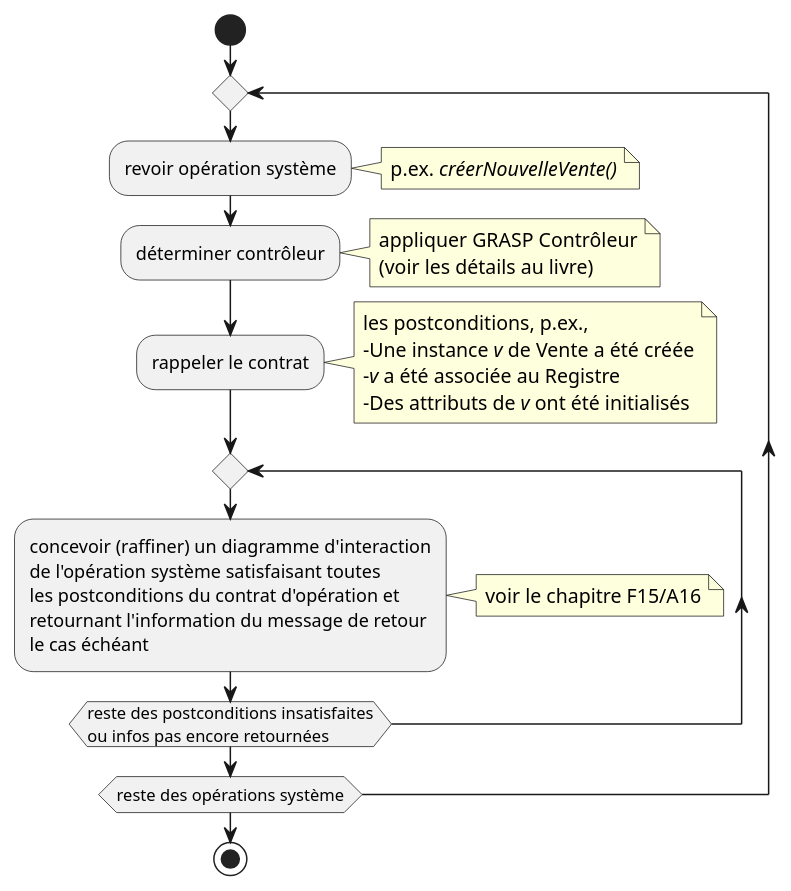
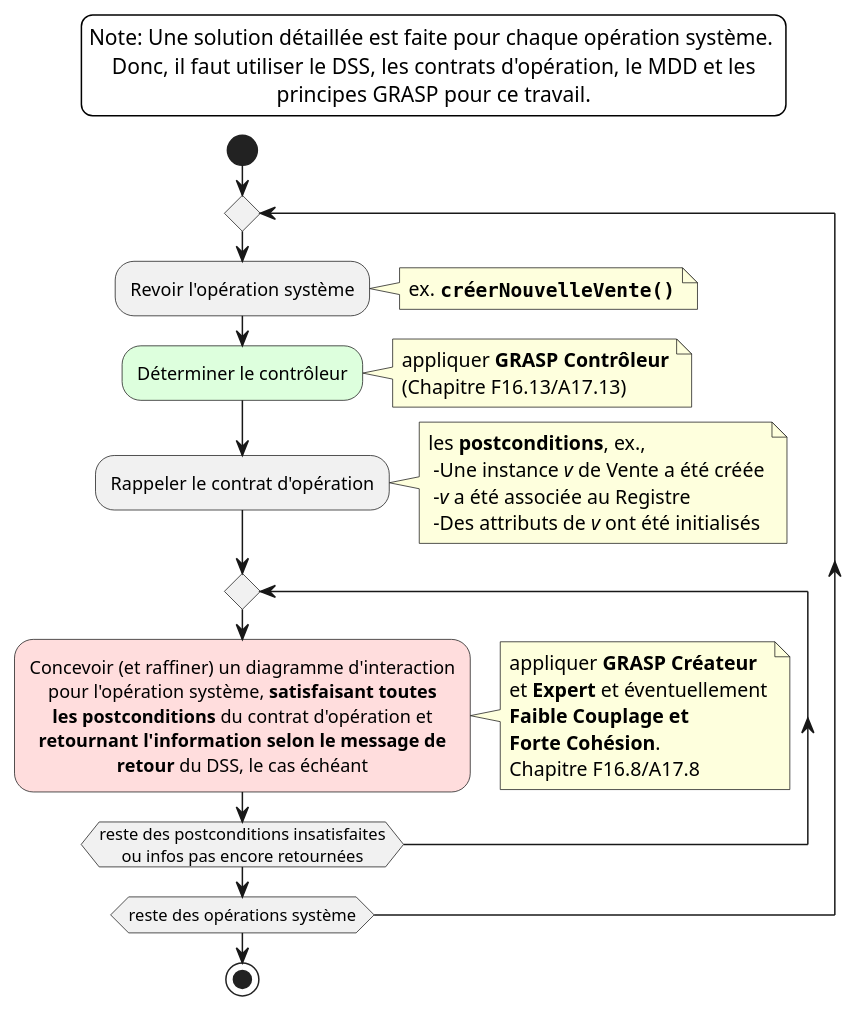
One commit to fuhrmanator/log210-notes-de-cours changed the first of 6 diagrams in chapters/08-RDCU.md. Above: the diagram before and after it, drawn with PlantUML. The commit also changed other lines of this file and 1 other file, not shown here.

Commit message:
Fig8.1 improved, better refs to Larman

````diff
--- a/chapters/08-RDCU.md
+++ b/chapters/08-RDCU.md
@@ -25,20 +25,37 @@
 ```{.plantuml hide-image=true plantuml-filename=build/images/rdcu-aide-memoire.pdf}
 @startuml 
 skinparam shadowing false
 skinparam BackgroundColor hidden
+skinparam DefaultTextAlignment center
+skinparam NoteTextAlignment left
 start 
 repeat 
-:revoir opération système; 
-note right: p.ex. <i>créerNouvelleVente()</i>
-:déterminer contrôleur; 
-note right: appliquer GRASP Contrôleur\n(voir les détails au livre) 
-:rappeler le contrat; 
-note right: les postconditions, p.ex.,\n-Une instance <i>v</i> de Vente a été créée\n-<i>v</i> a été associée au Registre\n-Des attributs de <i>v</i> ont été initialisés 
-repeat 
-:concevoir (raffiner) un diagramme d'interaction\nde l'opération système satisfaisant toutes\nles postconditions du contrat d'opération et\nretournant l'information du message de retour\nle cas échéant; 
-note right: voir le chapitre F15/A16 
+:Revoir l'opération système; 
+note right: ex. ""**créerNouvelleVente()**""
+#ddffdd:Déterminer le contrôleur;
+note right: appliquer **GRASP Contrôleur**\n(Chapitre F16.13/A17.13) 
+:Rappeler le contrat d'opération; 
+note right: les **postconditions**, ex.,\n -Une instance <i>v</i> de Vente a été créée\n -<i>v</i> a été associée au Registre\n -Des attributs de <i>v</i> ont été initialisés 
+repeat
+#ffdddd:Concevoir (et raffiner) un diagramme d'interaction
+pour l'opération système, **satisfaisant toutes**
+**les postconditions** du contrat d'opération et
+**retournant l'information selon le message de**
+**retour** du DSS, le cas échéant;
+note right
+appliquer **GRASP Créateur**
+et **Expert** et éventuellement
+**Faible Couplage et**
+**Forte Cohésion**.
+Chapitre F16.8/A17.8
+end note
 repeat while (reste des postconditions insatisfaites\nou infos pas encore retournées) 
 repeat while (reste des opérations système) 
-stop 
+stop
+legend top
+Note: Une solution détaillée est faite pour chaque opération système. 
+Donc, il faut utiliser le DSS, les contrats d'opération, le MDD et les
+principes GRASP pour ce travail.
+endlegend
 @enduml
 ```
````
